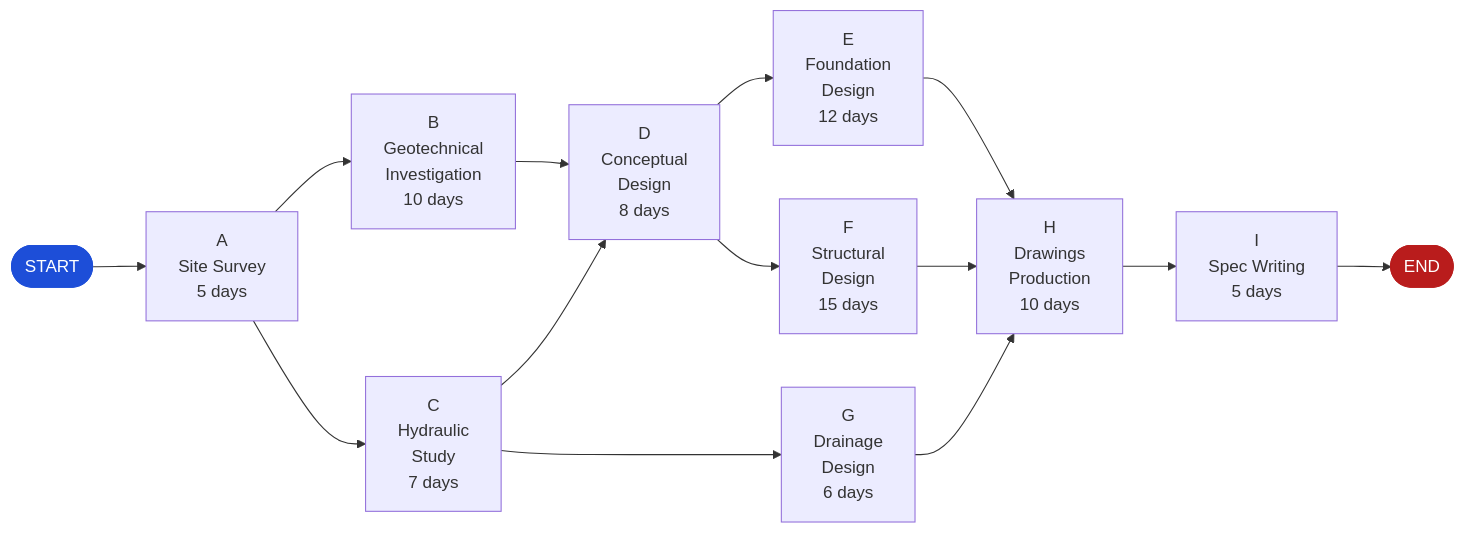
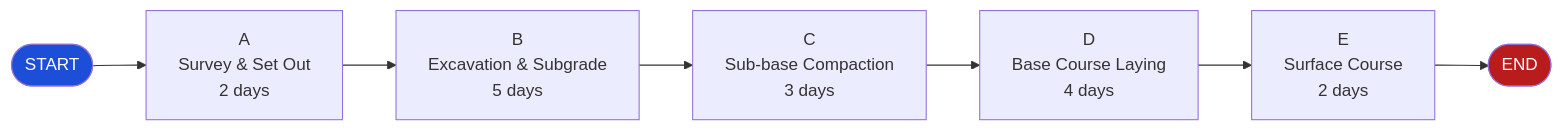
One commit to HusseinYounis/pm changed the eighth of 18 diagrams in chapters/04-scheduling.qmd. Above: the diagram before and after it, drawn with Mermaid. The commit also changed other lines of this file and 17 other files, not shown here.

````diff
--- a/chapters/04-scheduling.qmd
+++ b/chapters/04-scheduling.qmd
@@ -206,29 +685,16 @@
 ```{mermaid}
-%%| fig-cap: "Sample AON network diagram for a bridge design project"
-graph LR
+%%| fig-cap: "AON — sequential road paving project. Straightforward chain; both AOA and AON look almost identical for purely serial networks."
+flowchart LR
     START(["START"])
-    A["A<br/>Site Survey<br/>5 days"]
-    B["B<br/>Geotechnical<br/>Investigation<br/>10 days"]
-    C["C<br/>Hydraulic<br/>Study<br/>7 days"]
-    D["D<br/>Conceptual<br/>Design<br/>8 days"]
-    E["E<br/>Foundation<br/>Design<br/>12 days"]
-    F["F<br/>Structural<br/>Design<br/>15 days"]
-    G["G<br/>Drainage<br/>Design<br/>6 days"]
-    H["H<br/>Drawings<br/>Production<br/>10 days"]
-    I["I<br/>Spec Writing<br/>5 days"]
+    A["A<br/>Survey & Set Out<br/>2 days"]
+    B["B<br/>Excavation & Subgrade<br/>5 days"]
+    C["C<br/>Sub-base Compaction<br/>3 days"]
+    D["D<br/>Base Course Laying<br/>4 days"]
+    E["E<br/>Surface Course<br/>2 days"]
     END(["END"])
 
-    START --> A
-    A --> B & C
-    B --> D
-    C --> D & G
-    D --> E & F
-    E --> H
-    F --> H
-    G --> H
-    H --> I
-    I --> END
+    START --> A --> B --> C --> D --> E --> END
 
-    style START fill:#1d4ed8,color:#fff,stroke:#1d4ed8
-    style END fill:#b91c1c,color:#fff,stroke:#b91c1c
+    style START fill:#1d4ed8,color:#fff
+    style END fill:#b91c1c,color:#fff
 ```
````
